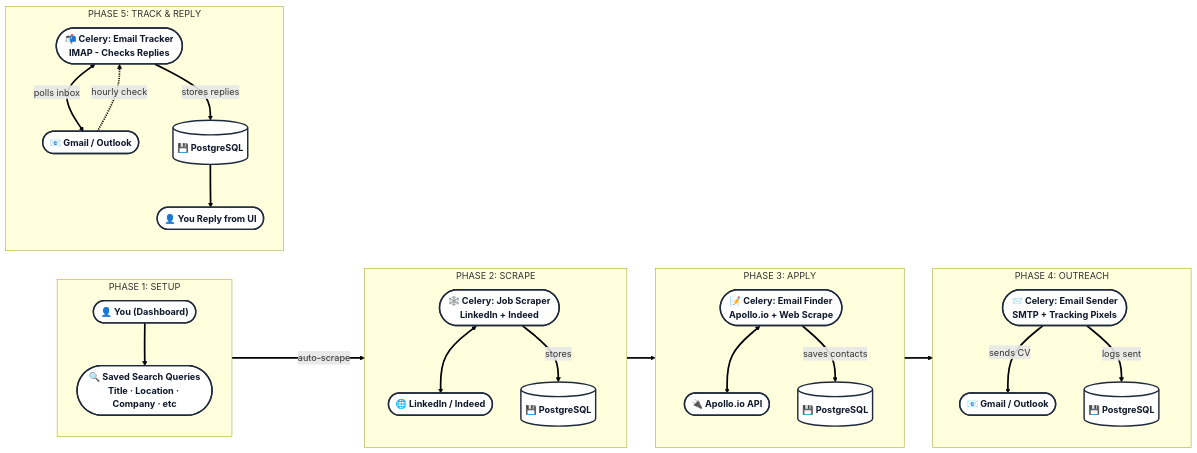
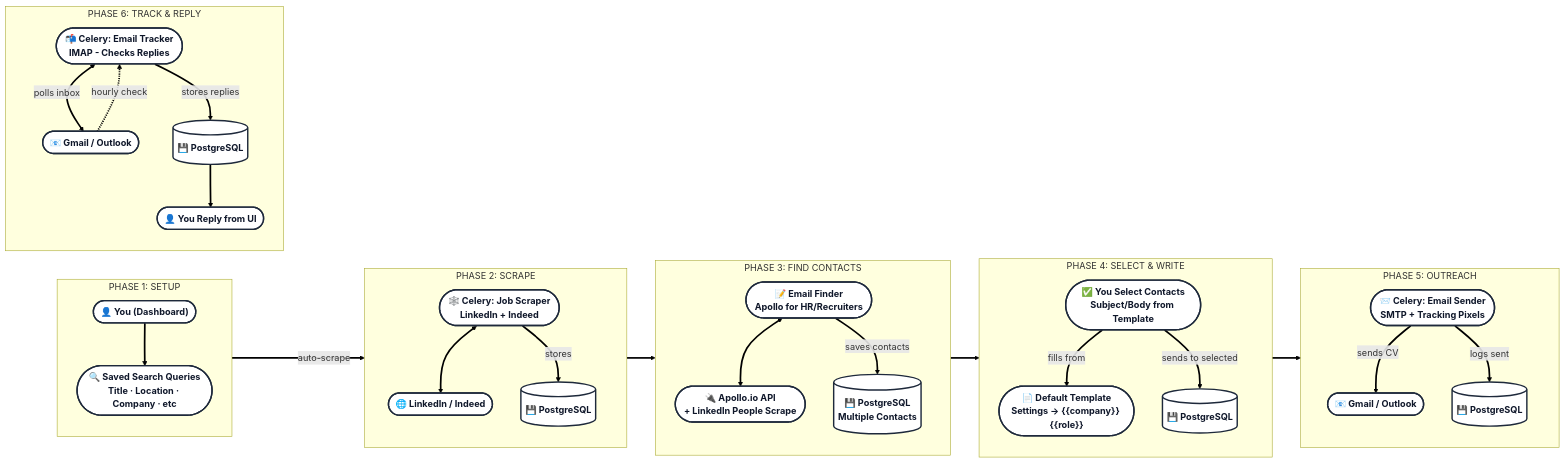
Before and after one commit to relatrino-code/LinkedInAgent: the diagram in README.md, drawn with Mermaid. The commit also changed other lines of this file, not shown here.

Commit message:
docs: update README for multi-contact flow, email templates, and contact selection

````diff
--- a/README.md
+++ b/README.md
@@ -16,58 +16,68 @@
 ```mermaid
 flowchart LR
     %% darker, thicker strokes for visibility
     classDef box fill:#fff,stroke:#1e293b,stroke-width:2.5px,color:#0f172a,font-weight:bold
 
     subgraph Setup["PHASE 1: SETUP"]
         direction TB
         U(["👤 You (Dashboard)"]):::box
         Q(["🔍 Saved Search Queries<br/>Title · Location · Company · etc"]):::box
         U --> Q
     end
 
     subgraph ScrapePhase["PHASE 2: SCRAPE"]
         direction TB
         S(["🕸️ Celery: Job Scraper<br/>LinkedIn + Indeed"]):::box
         JS(["🌐 LinkedIn / Indeed"]):::box
         DB1[("💾 PostgreSQL")]:::box
         S <--> JS
         S -->|"stores"| DB1
     end
 
-    subgraph ApplyPhase["PHASE 3: APPLY"]
+    subgraph ApplyPhase["PHASE 3: FIND CONTACTS"]
         direction TB
-        A(["📝 Celery: Email Finder<br/>Apollo.io + Web Scrape"]):::box
-        AP(["🔌 Apollo.io API"]):::box
-        DB2[("💾 PostgreSQL")]:::box
+        A(["📝 Email Finder<br/>Apollo for HR/Recruiters"]):::box
+        AP(["🔌 Apollo.io API<br/>+ LinkedIn People Scrape"]):::box
+        DB2[("💾 PostgreSQL<br/>Multiple Contacts")]:::box
         A <--> AP
         A -->|"saves contacts"| DB2
     end
 
-    subgraph OutreachPhase["PHASE 4: OUTREACH"]
+    subgraph SelectPhase["PHASE 4: SELECT & WRITE"]
+        direction TB
+        S2(["✅ You Select Contacts<br/>Subject/Body from Template"]):::box
+        TMPL(["📄 Default Template<br/>Settings → {{company}} {{role}}"]):::box
+        DB3[("💾 PostgreSQL")]:::box
+        S2 -->|"fills from"| TMPL
+        S2 -->|"sends to selected"| DB3
+    end
+
+    subgraph OutreachPhase["PHASE 5: OUTREACH"]
         direction TB
         E(["📨 Celery: Email Sender<br/>SMTP + Tracking Pixels"]):::box
         GM(["📧 Gmail / Outlook"]):::box
-        DB3[("💾 PostgreSQL")]:::box
+        DB4[("💾 PostgreSQL")]:::box
         E -->|"sends CV"| GM
-        E -->|"logs sent"| DB3
+        E -->|"logs sent"| DB4
     end
 
-    subgraph TrackPhase["PHASE 5: TRACK & REPLY"]
+    subgraph TrackPhase["PHASE 6: TRACK & REPLY"]
         direction TB
         T(["📬 Celery: Email Tracker<br/>IMAP - Checks Replies"]):::box
         GM2(["📧 Gmail / Outlook"]):::box
-        DB4[("💾 PostgreSQL")]:::box
+        DB5[("💾 PostgreSQL")]:::box
         R(["👤 You Reply from UI"]):::box
         T <-->|"polls inbox"| GM2
-        T -->|"stores replies"| DB4
-        DB4 --> R
+        T -->|"stores replies"| DB5
+        DB5 --> R
     end
 
     Q -->|"auto-scrape"| S
     DB1 --> A
-    DB2 --> E
+    DB2 --> S2
+    DB3 --> E
     GM2 -.->|"hourly check"| T
 
     %% edge styling: thicker, darker arrows
     linkStyle default stroke:#000,stroke-width:3px
 ```
````
